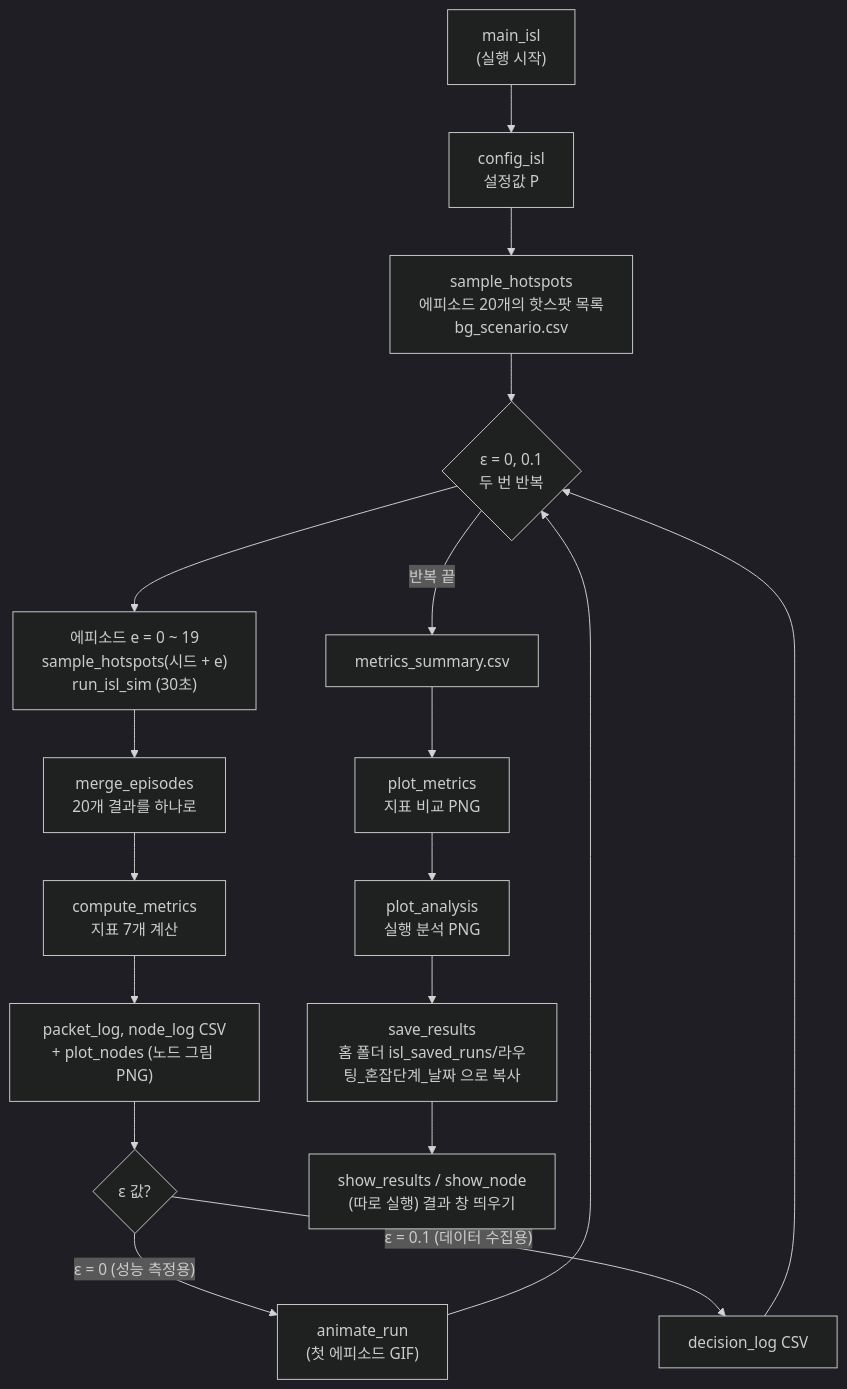
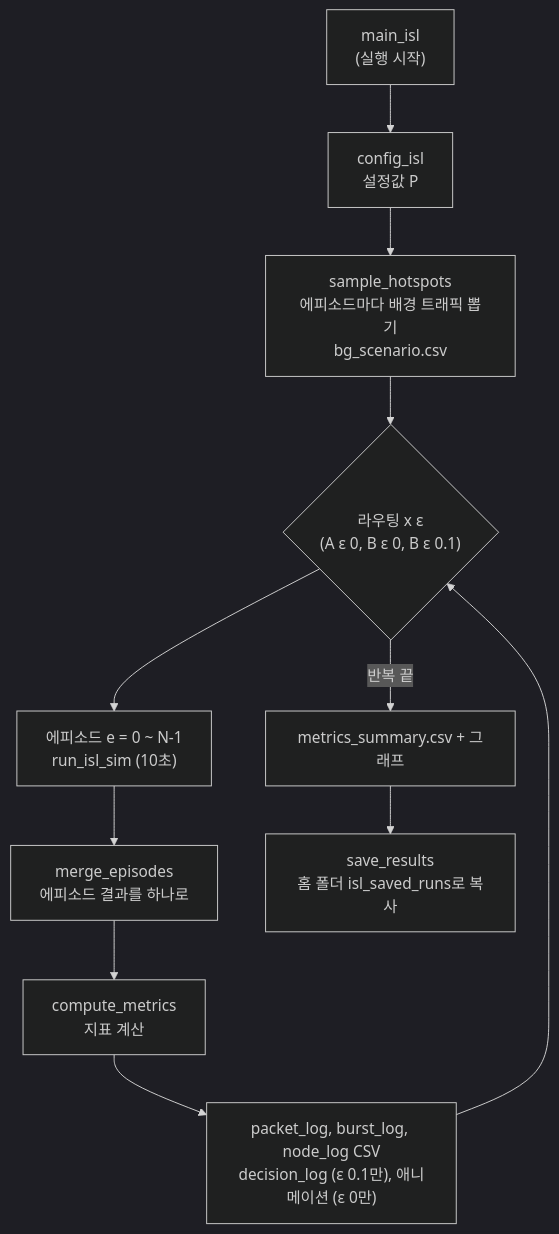
One commit to 26-2-capstone2/26-2capstone2 changed the second of 5 diagrams in flow.md. Above: the diagram before and after it, drawn with Mermaid (dark theme). The commit also changed other lines of this file and 80 other files, not shown here.

````diff
--- a/flow.md
+++ b/flow.md
@@ -11,20 +35,13 @@
 ```mermaid
 flowchart TD
     A["main_isl<br/>(실행 시작)"] --> B["config_isl<br/>설정값 P"]
-    B --> S["sample_hotspots<br/>에피소드 20개의 핫스팟 목록<br/>bg_scenario.csv"]
-    S --> C{"ε = 0, 0.1<br/>두 번 반복"}
-    C --> E1["에피소드 e = 0 ~ 19<br/>sample_hotspots(시드 + e)<br/>run_isl_sim (30초)"]
-    E1 --> MG["merge_episodes<br/>20개 결과를 하나로"]
-    MG --> D["compute_metrics<br/>지표 7개 계산"]
-    D --> N["packet_log, node_log CSV<br/>+ plot_nodes (노드 그림 PNG)"]
-    N --> F{"ε 값?"}
-    F -- "ε = 0 (성능 측정용)" --> G["animate_run<br/>(첫 에피소드 GIF)"]
-    F -- "ε = 0.1 (데이터 수집용)" --> H["decision_log CSV"]
-    G --> C
-    H --> C
-    C -- "반복 끝" --> I["metrics_summary.csv"]
-    I --> J["plot_metrics<br/>지표 비교 PNG"]
-    J --> K["plot_analysis<br/>실행 분석 PNG"]
-    K --> L["save_results<br/>홈 폴더 isl_saved_runs/라우팅_혼잡단계_날짜 으로 복사"]
-    L --> M["show_results / show_node<br/>(따로 실행) 결과 창 띄우기"]
+    B --> S["sample_hotspots<br/>에피소드마다 배경 트래픽 뽑기<br/>bg_scenario.csv"]
+    S --> C{"라우팅 x ε<br/>(A ε 0, B ε 0, B ε 0.1)"}
+    C --> E1["에피소드 e = 0 ~ N-1<br/>run_isl_sim (10초)"]
+    E1 --> MG["merge_episodes<br/>에피소드 결과를 하나로"]
+    MG --> D["compute_metrics<br/>지표 계산"]
+    D --> F["packet_log, burst_log, node_log CSV<br/>decision_log (ε 0.1만), 애니메이션 (ε 0만)"]
+    F --> C
+    C -- "반복 끝" --> I["metrics_summary.csv + 그래프"]
+    I --> L["save_results<br/>홈 폴더 isl_saved_runs로 복사"]
 ```
````
